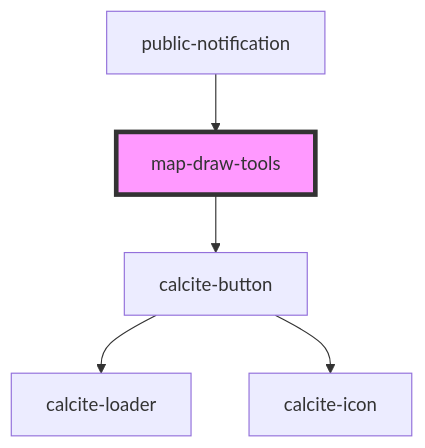
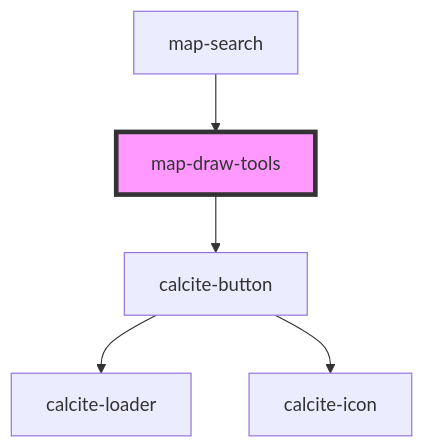
One commit to Esri/solutions-components changed the diagram in src/components/map-draw-tools/readme.md. Above: the diagram before and after it, drawn with Mermaid. The commit also changed other lines of this file and 13 other files, not shown here.

````diff
--- a/src/components/map-draw-tools/readme.md
+++ b/src/components/map-draw-tools/readme.md
@@ -29,8 +29,8 @@
 ```mermaid
 graph TD;
   map-draw-tools --> calcite-button
   calcite-button --> calcite-loader
   calcite-button --> calcite-icon
-  public-notification --> map-draw-tools
+  map-search --> map-draw-tools
   style map-draw-tools fill:#f9f,stroke:#333,stroke-width:4px
 ```
````
